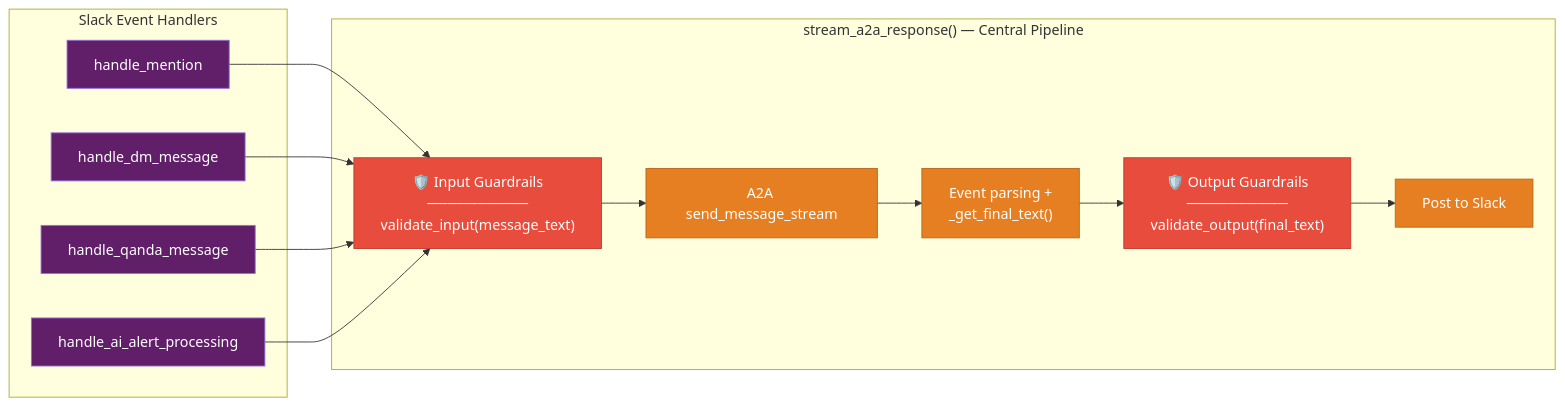
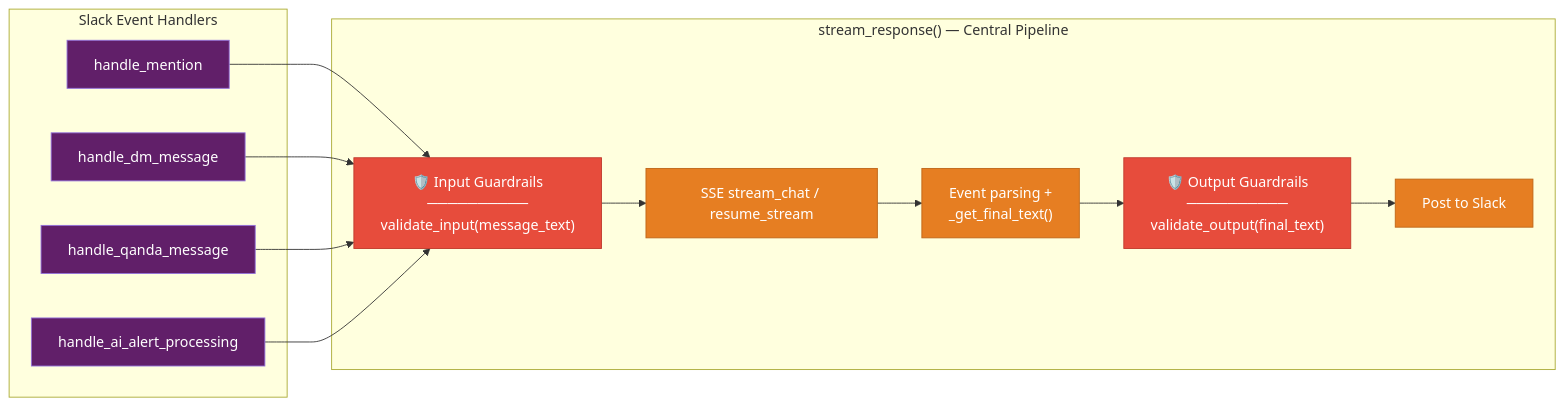
One commit to cnoe-io/ai-platform-engineering changed the sixth of 8 diagrams in docs/docs/architecture/slack-io-guardrails.md. Above: the diagram before and after it, drawn with Mermaid. The commit also changed other lines of this file and 252 other files, not shown here.

````diff
--- a/docs/docs/architecture/slack-io-guardrails.md
+++ b/docs/docs/architecture/slack-io-guardrails.md
@@ -270,37 +270,37 @@
 ```mermaid
 graph LR
     subgraph HANDLERS["Slack Event Handlers"]
         H1["handle_mention"]
         H2["handle_dm_message"]
         H3["handle_qanda_message"]
         H4["handle_ai_alert_processing"]
     end
 
-    subgraph CENTRAL["stream_a2a_response() — Central Pipeline"]
+    subgraph CENTRAL["stream_response() — Central Pipeline"]
         IG["🛡️ Input Guardrails<br/>──────────<br/>validate_input(message_text)"]
-        A2A["A2A send_message_stream"]
+        STREAM["SSE stream_chat / resume_stream"]
         PARSE["Event parsing +<br/>_get_final_text()"]
         OG["🛡️ Output Guardrails<br/>──────────<br/>validate_output(final_text)"]
         POST["Post to Slack"]
 
-        IG --> A2A
-        A2A --> PARSE
+        IG --> STREAM
+        STREAM --> PARSE
         PARSE --> OG
         OG --> POST
     end
 
     H1 --> IG
     H2 --> IG
     H3 --> IG
     H4 --> IG
 
     style IG fill:#e74c3c,color:#fff,stroke:#c0392b
     style OG fill:#e74c3c,color:#fff,stroke:#c0392b
-    style A2A fill:#E67E22,color:#fff,stroke:#bf6516
+    style STREAM fill:#E67E22,color:#fff,stroke:#bf6516
     style PARSE fill:#E67E22,color:#fff,stroke:#bf6516
     style POST fill:#E67E22,color:#fff,stroke:#bf6516
     style H1 fill:#611f69,color:#fff
     style H2 fill:#611f69,color:#fff
     style H3 fill:#611f69,color:#fff
     style H4 fill:#611f69,color:#fff
 ```
````
